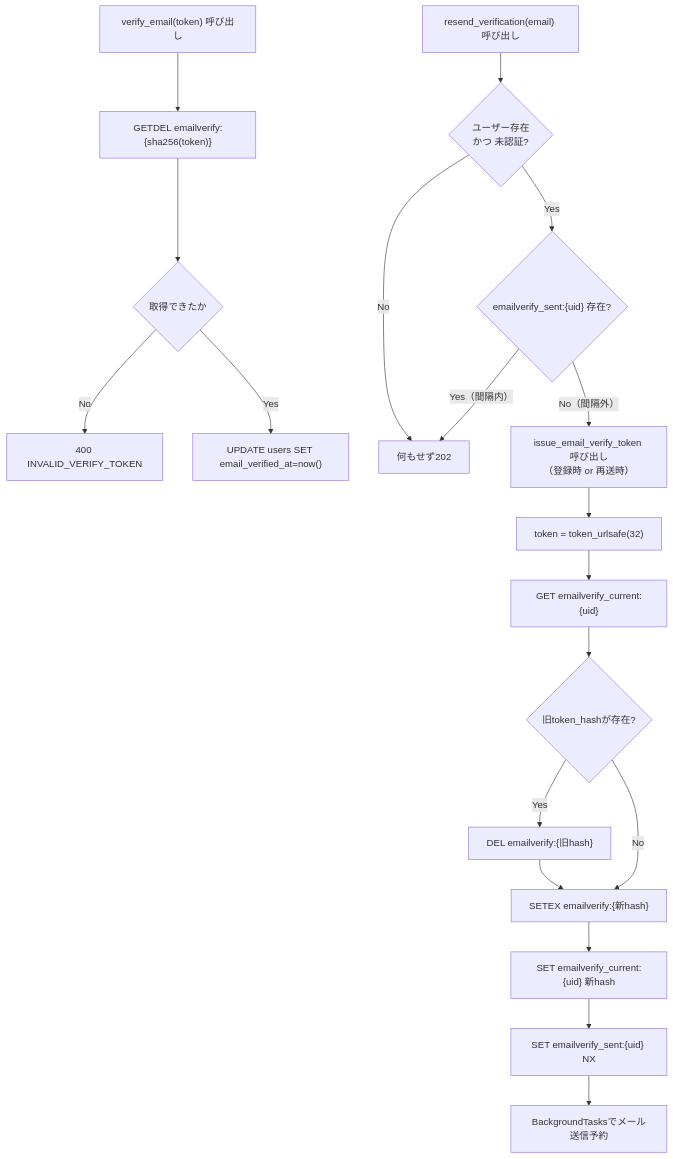
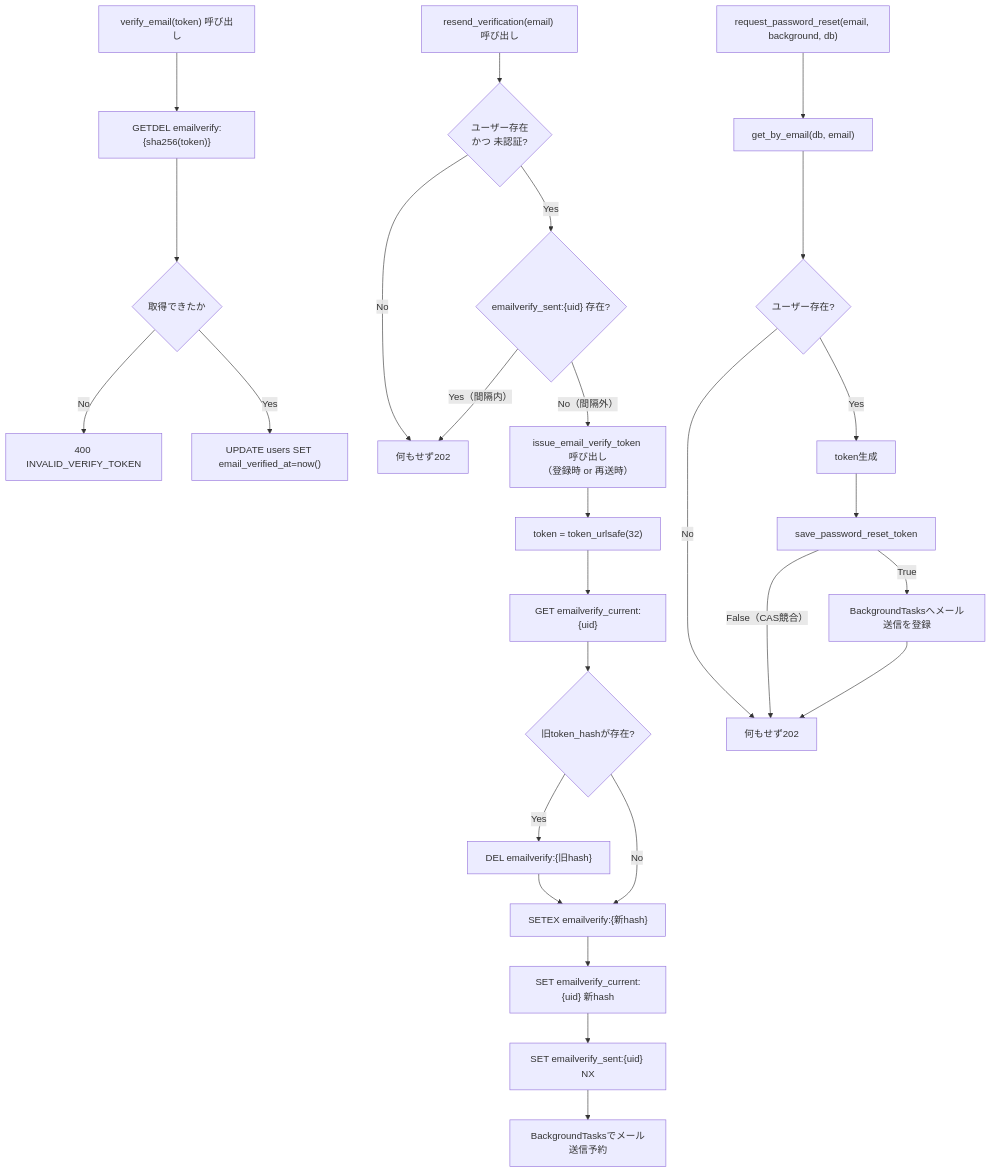
Before and after one commit to oikawa-d/task_management: the fourth of 6 diagrams in docs/detailed_design/auth/06_token_mail.md, drawn with Mermaid. The commit also changed other lines of this file and 3 other files, not shown here.

````diff
--- a/docs/detailed_design/auth/06_token_mail.md
+++ b/docs/detailed_design/auth/06_token_mail.md
@@ -169,23 +173,32 @@
 ```mermaid
 flowchart TB
     A["issue_email_verify_token 呼び出し<br/>（登録時 or 再送時）"] --> B["token = token_urlsafe(32)"]
     B --> C["GET emailverify_current:{uid}"]
     C --> D{"旧token_hashが存在?"}
     D -->|Yes| E["DEL emailverify:{旧hash}"]
     D -->|No| F["SETEX emailverify:{新hash}"]
     E --> F
     F --> G["SET emailverify_current:{uid} 新hash"]
     G --> H["SET emailverify_sent:{uid} NX"]
     H --> I["BackgroundTasksでメール送信予約"]
 
     J["verify_email(token) 呼び出し"] --> K["GETDEL emailverify:{sha256(token)}"]
     K --> L{"取得できたか"}
     L -->|No| M["400 INVALID_VERIFY_TOKEN"]
     L -->|Yes| N["UPDATE users SET email_verified_at=now()"]
 
     O["resend_verification(email) 呼び出し"] --> P{"ユーザー存在<br/>かつ 未認証?"}
     P -->|No| Q["何もせず202"]
     P -->|Yes| R{"emailverify_sent:{uid} 存在?"}
     R -->|Yes（間隔内）| Q
     R -->|No（間隔外）| A
+
+    U["request_password_reset(email, background, db)"] --> V["get_by_email(db, email)"]
+    V --> W{"ユーザー存在?"}
+    W -->|No| Z["何もせず202"]
+    W -->|Yes| X["token生成"]
+    X --> Y["save_password_reset_token"]
+    Y -->|False（CAS競合）| Z
+    Y -->|True| AA["BackgroundTasksへメール送信を登録"]
+    AA --> Z
 ```
````
